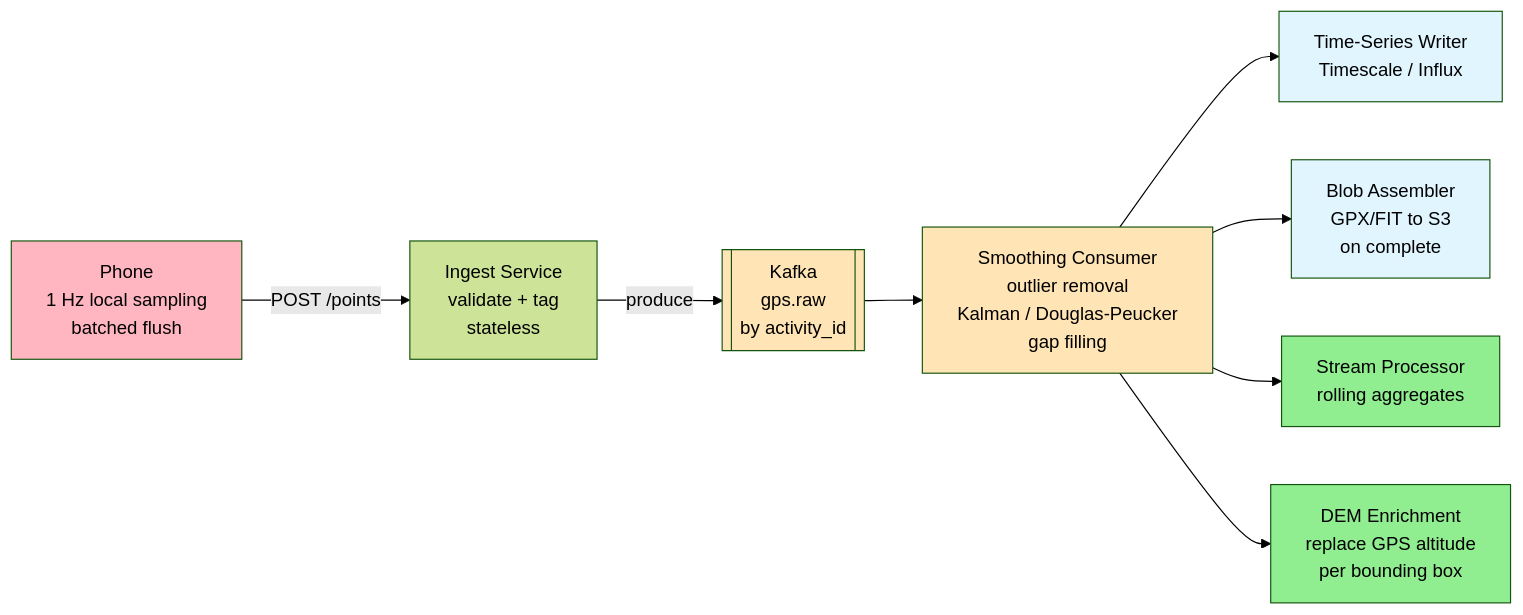
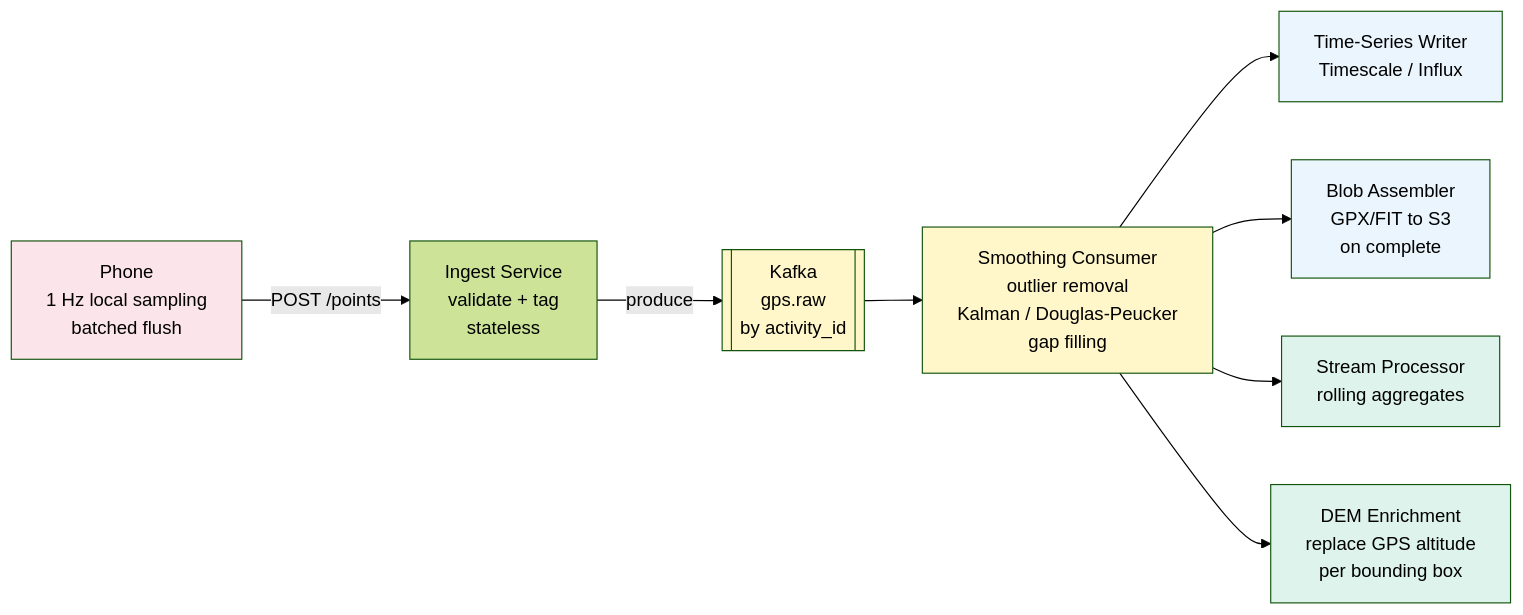
Before and after one commit to cartmancodes/InterviewVault: the second of 6 diagrams in LLD/questions/Design Strava.md, drawn with Mermaid (forest theme). The commit also changed other lines of this file and 679 other files, not shown here.

Commit message:
Unify content diagrams and add accessible visual walkthroughs

````diff
--- a/LLD/questions/Design Strava.md
+++ b/LLD/questions/Design Strava.md
@@ -251,18 +251,18 @@
 ```mermaid
 graph LR
     PH[Phone<br/>1 Hz local sampling<br/>batched flush] -->|POST /points| IS[Ingest Service<br/>validate + tag<br/>stateless]
     IS -->|produce| K[[Kafka<br/>gps.raw<br/>by activity_id]]
     K --> PRE[Smoothing Consumer<br/>outlier removal<br/>Kalman / Douglas-Peucker<br/>gap filling]
     PRE --> TSW[Time-Series Writer<br/>Timescale / Influx]
     PRE --> BA[Blob Assembler<br/>GPX/FIT to S3<br/>on complete]
     PRE --> SPX[Stream Processor<br/>rolling aggregates]
     PRE --> DEM[DEM Enrichment<br/>replace GPS altitude<br/>per bounding box]
 
-    style PH fill:#FFB6C1
-    style K fill:#FFE4B5
-    style PRE fill:#FFE4B5
-    style TSW fill:#e1f5ff
-    style BA fill:#e1f5ff
-    style SPX fill:#90EE90
-    style DEM fill:#90EE90
+    style PH fill:#FCE5EA
+    style K fill:#FFF6C9
+    style PRE fill:#FFF6C9
+    style TSW fill:#EAF5FD
+    style BA fill:#EAF5FD
+    style SPX fill:#DDF3EC
+    style DEM fill:#DDF3EC
 ```
````
